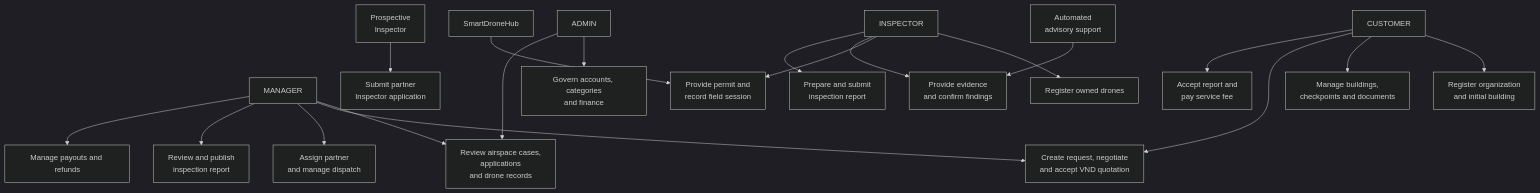
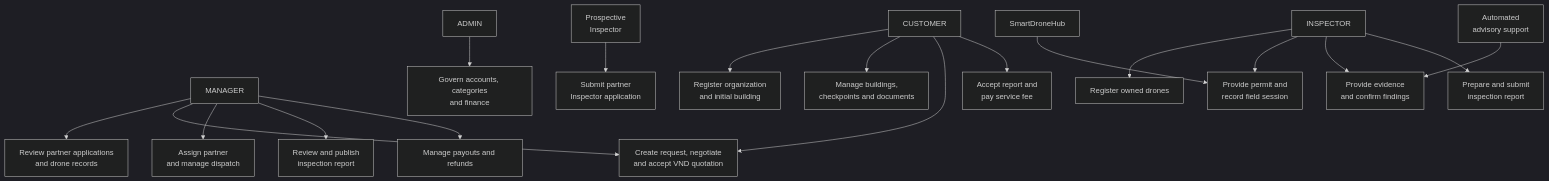
Before and after one commit to tungbach12/SmartDroneInspection-Docs: the diagram in reports/report-3-software-requirement-specification/02-user-requirements.md, drawn with Mermaid (dark theme). The commit also changed other lines of this file and 13 other files, not shown here.

Commit message:
docs(srs,diagrams): align MF1A warning flow and Manager-only MF1B/MF3 scope

````diff
--- a/reports/report-3-software-requirement-specification/02-user-requirements.md
+++ b/reports/report-3-software-requirement-specification/02-user-requirements.md
@@ -30,51 +30,50 @@
 ```mermaid
 %% title: Use Case Diagram
 flowchart TD
   ADMIN["ADMIN"]
   MANAGER["MANAGER"]
   CUSTOMER["CUSTOMER"]
   INSPECTOR["INSPECTOR"]
   PUBLIC["Prospective<br/>Inspector"]
 
   GOV["Govern accounts, categories<br/>and finance"]
-  REVIEW["Review airspace cases,<br/>applications<br/>and drone records"]
+  REVIEW["Review partner applications<br/>and drone records"]
   APPLY["Submit partner<br/>Inspector application"]
   REGISTER["Register organization<br/>and initial building"]
   BUILDING["Manage buildings,<br/>checkpoints and documents"]
   DRONE["Register owned drones"]
 
   COMMERCIAL["Create request, negotiate<br/>and accept VND quotation"]
   DISPATCH["Assign partner<br/>and manage dispatch"]
   PUBLISH["Review and publish<br/>inspection report"]
   FINANCE["Manage payouts and refunds"]
   FIELD["Provide permit and<br/>record field session"]
   EVIDENCE["Provide evidence<br/>and confirm findings"]
   PREPARE["Prepare and submit<br/>inspection report"]
   PAYMENT["Accept report and<br/>pay service fee"]
 
   AI["Automated<br/>advisory support"]
   HUB["SmartDroneHub"]
 
   ADMIN --> GOV
-  ADMIN --> REVIEW
   MANAGER --> REVIEW
   MANAGER --> COMMERCIAL
   MANAGER --> DISPATCH
   MANAGER --> PUBLISH
   MANAGER --> FINANCE
   CUSTOMER --> REGISTER
   CUSTOMER --> BUILDING
   CUSTOMER --> COMMERCIAL
   CUSTOMER --> PAYMENT
   PUBLIC --> APPLY
   INSPECTOR --> DRONE
   INSPECTOR --> FIELD
   INSPECTOR --> EVIDENCE
   INSPECTOR --> PREPARE
   AI --> EVIDENCE
   HUB --> FIELD
 
   GOV ~~~ COMMERCIAL
   REGISTER ~~~ COMMERCIAL
   DRONE ~~~ COMMERCIAL
 ```
````
